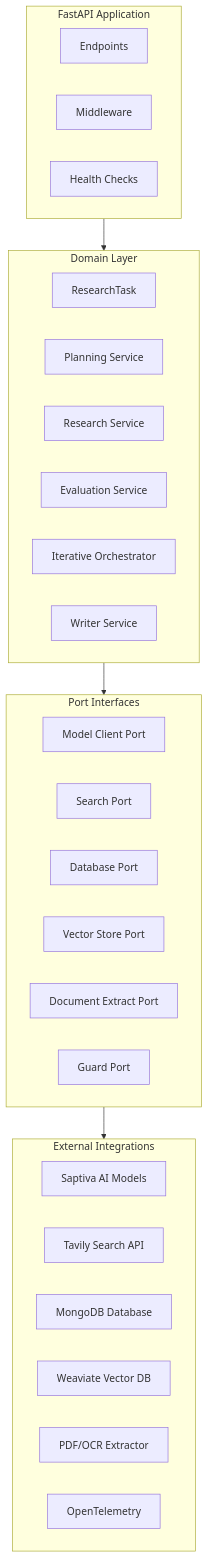
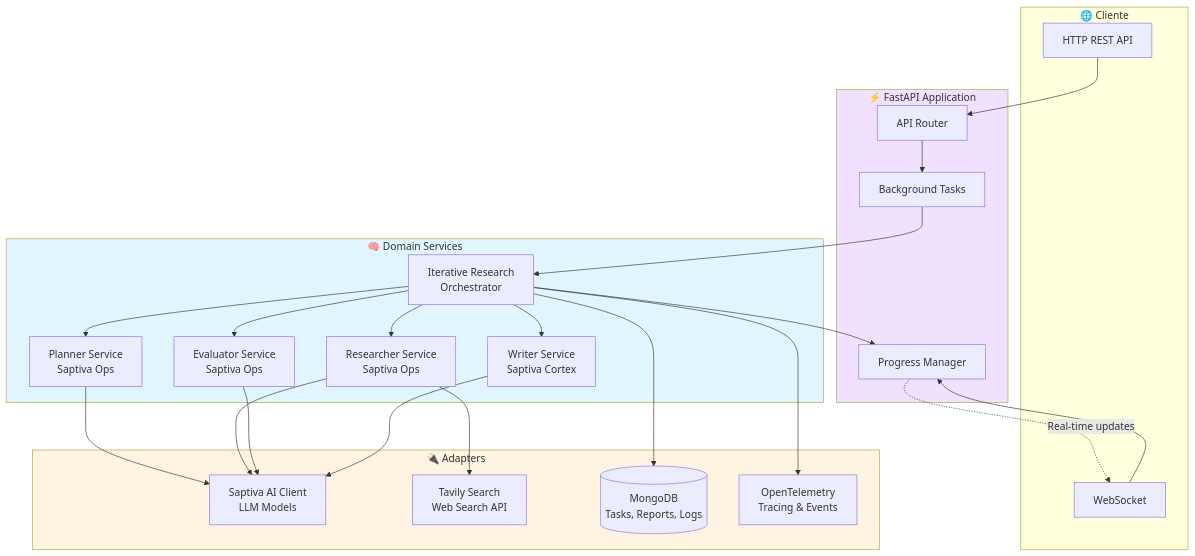
One commit to saptiva-ai/alethia_deepresearch changed the diagram in README.md. Above: the diagram before and after it, drawn with Mermaid. The commit also changed other lines of this file and 18 other files, not shown here.

````diff
--- a/README.md
+++ b/README.md
@@ -768,39 +35,53 @@
 ```mermaid
-flowchart TB
-    subgraph API[FastAPI Application]
-        E[Endpoints]
-        M[Middleware]
-        H[Health Checks]
+graph TB
+    subgraph Client["🌐 Cliente"]
+        HTTP[HTTP REST API]
+        WS[WebSocket]
     end
 
-    subgraph Domain[Domain Layer]
-        T[ResearchTask]
-        Plan[Planning Service]
-        Research[Research Service]
-        Eval[Evaluation Service]
-        Orchestrator[Iterative Orchestrator]
-        Writer[Writer Service]
+    subgraph API["⚡ FastAPI Application"]
+        Router[API Router]
+        BG[Background Tasks]
+        PM[Progress Manager]
     end
 
-    subgraph Ports[Port Interfaces]
-        ModelPort[Model Client Port]
-        SearchPort[Search Port]
-        DatabasePort[Database Port]
-        VectorPort[Vector Store Port]
-        ExtractPort[Document Extract Port]
-        GuardPort[Guard Port]
+    subgraph Domain["🧠 Domain Services"]
+        Planner[Planner Service<br/>Saptiva Ops]
+        Researcher[Researcher Service<br/>Saptiva Ops]
+        Evaluator[Evaluator Service<br/>Saptiva Ops]
+        Writer[Writer Service<br/>Saptiva Cortex]
+        Orchestrator[Iterative Research<br/>Orchestrator]
     end
 
-    subgraph Adapters[External Integrations]
-        Saptiva[Saptiva AI Models]
-        Tavily[Tavily Search API]
-        MongoDB[MongoDB Database]
-        Weaviate[Weaviate Vector DB]
-        PDFExtract[PDF/OCR Extractor]
-        Telemetry[OpenTelemetry]
+    subgraph Adapters["🔌 Adapters"]
+        Saptiva[Saptiva AI Client<br/>LLM Models]
+        Tavily[Tavily Search<br/>Web Search API]
+        Mongo[(MongoDB<br/>Tasks, Reports, Logs)]
+        Telemetry[OpenTelemetry<br/>Tracing & Events]
     end
 
-    API --> Domain
-    Domain --> Ports
-    Ports --> Adapters
+    HTTP --> Router
+    WS --> PM
+    Router --> BG
+    BG --> Orchestrator
+    PM -.->|Real-time updates| WS
+
+    Orchestrator --> Planner
+    Orchestrator --> Researcher
+    Orchestrator --> Evaluator
+    Orchestrator --> Writer
+
+    Planner --> Saptiva
+    Researcher --> Saptiva
+    Researcher --> Tavily
+    Evaluator --> Saptiva
+    Writer --> Saptiva
+
+    Orchestrator --> Mongo
+    Orchestrator --> PM
+    Orchestrator --> Telemetry
+
+    style Domain fill:#e1f5ff
+    style Adapters fill:#fff4e1
+    style API fill:#f0e1ff
 ```
````
